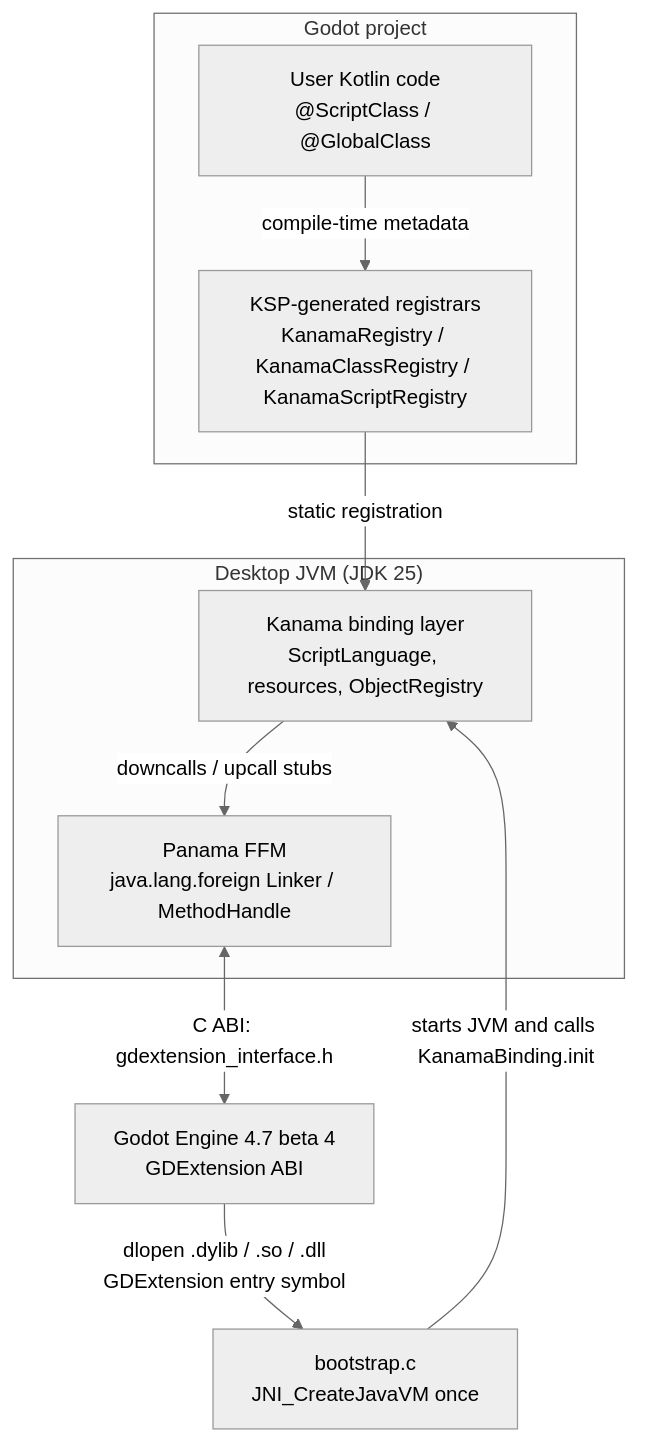
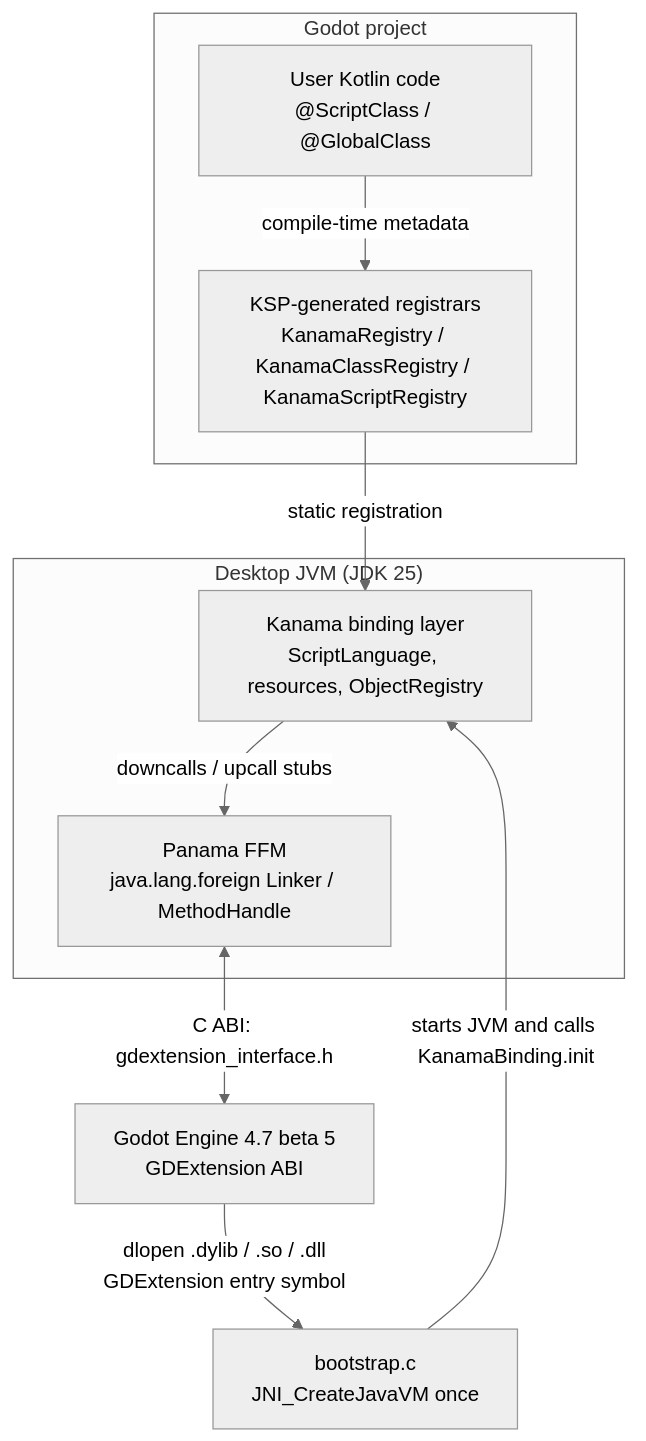
Before and after one commit to T-bond/kanama: the first of 4 diagrams in docs/contributing/architecture.md, drawn with Mermaid (neutral theme). The commit also changed 24 other files, not shown here.

Commit message:
chore: update Godot beta 5 baseline

````diff
--- a/docs/contributing/architecture.md
+++ b/docs/contributing/architecture.md
@@ -14,22 +14,22 @@
 ```mermaid
 flowchart TB
     subgraph PROJECT["Godot project"]
         USER["User Kotlin code<br/>@ScriptClass / @GlobalClass"]
         KSP["KSP-generated registrars<br/>KanamaRegistry / KanamaClassRegistry / KanamaScriptRegistry"]
     end
 
     subgraph JVM["Desktop JVM (JDK 25)"]
         BINDING["Kanama binding layer<br/>ScriptLanguage, resources, ObjectRegistry"]
         FFM["Panama FFM<br/>java.lang.foreign Linker / MethodHandle"]
     end
 
     BOOT["bootstrap.c<br/>JNI_CreateJavaVM once"]
-    GODOT["Godot Engine 4.7 beta 4<br/>GDExtension ABI"]
+    GODOT["Godot Engine 4.7 beta 5<br/>GDExtension ABI"]
 
     USER -->|"compile-time metadata"| KSP
     KSP -->|"static registration"| BINDING
     GODOT -->|"dlopen .dylib / .so / .dll<br/>GDExtension entry symbol"| BOOT
     BOOT -->|"starts JVM and calls KanamaBinding.init"| BINDING
     BINDING -->|"downcalls / upcall stubs"| FFM
     FFM <-->|"C ABI: gdextension_interface.h"| GODOT
 ```
````
